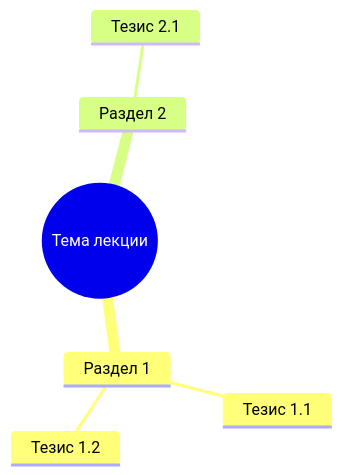
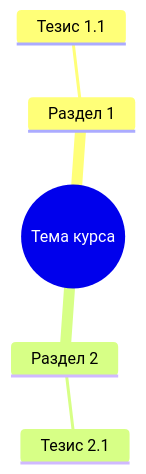
The diagram in .agents/skills/codex/conspector-merge/SKILL.md (mrMoses2000/abi_conspector), drawn with Mermaid before and after one commit. The commit also changed other lines of this file and 8 other files, not shown here.

````diff
--- a/.agents/skills/codex/conspector-merge/SKILL.md
+++ b/.agents/skills/codex/conspector-merge/SKILL.md
@@ -27,9 +36,8 @@
 ```mermaid
 mindmap
-    root((Тема лекции))
+    root((Тема курса))
         Раздел 1
             Тезис 1.1
-            Тезис 1.2
         Раздел 2
             Тезис 2.1
 ```
````
